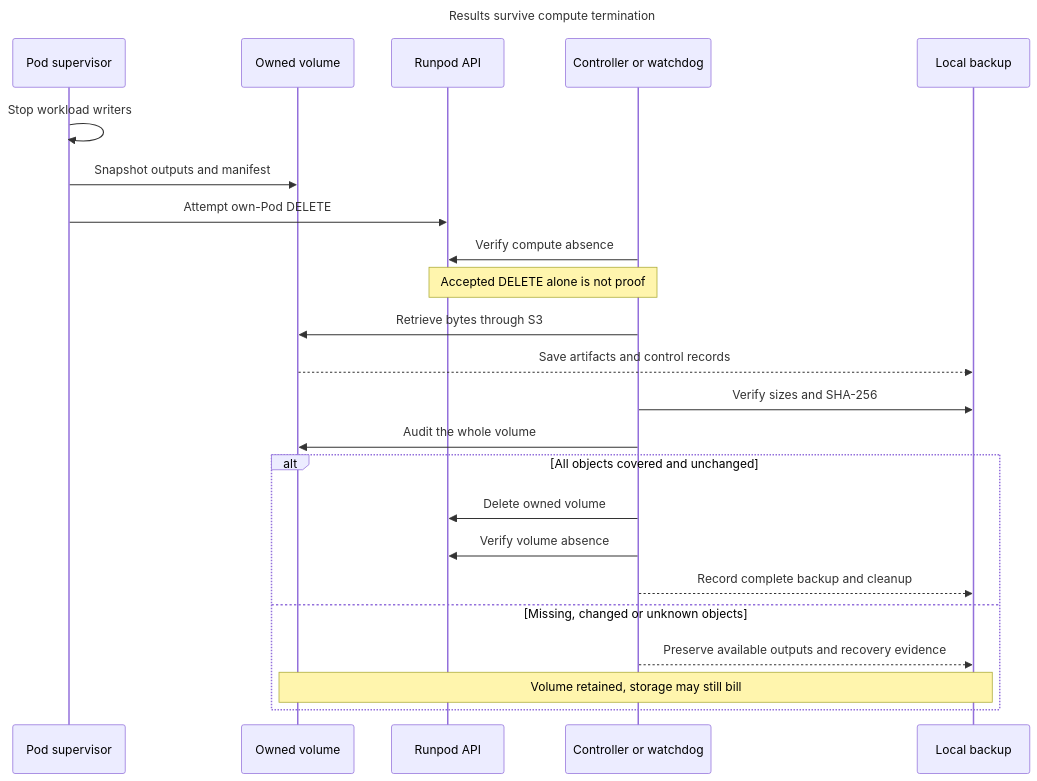
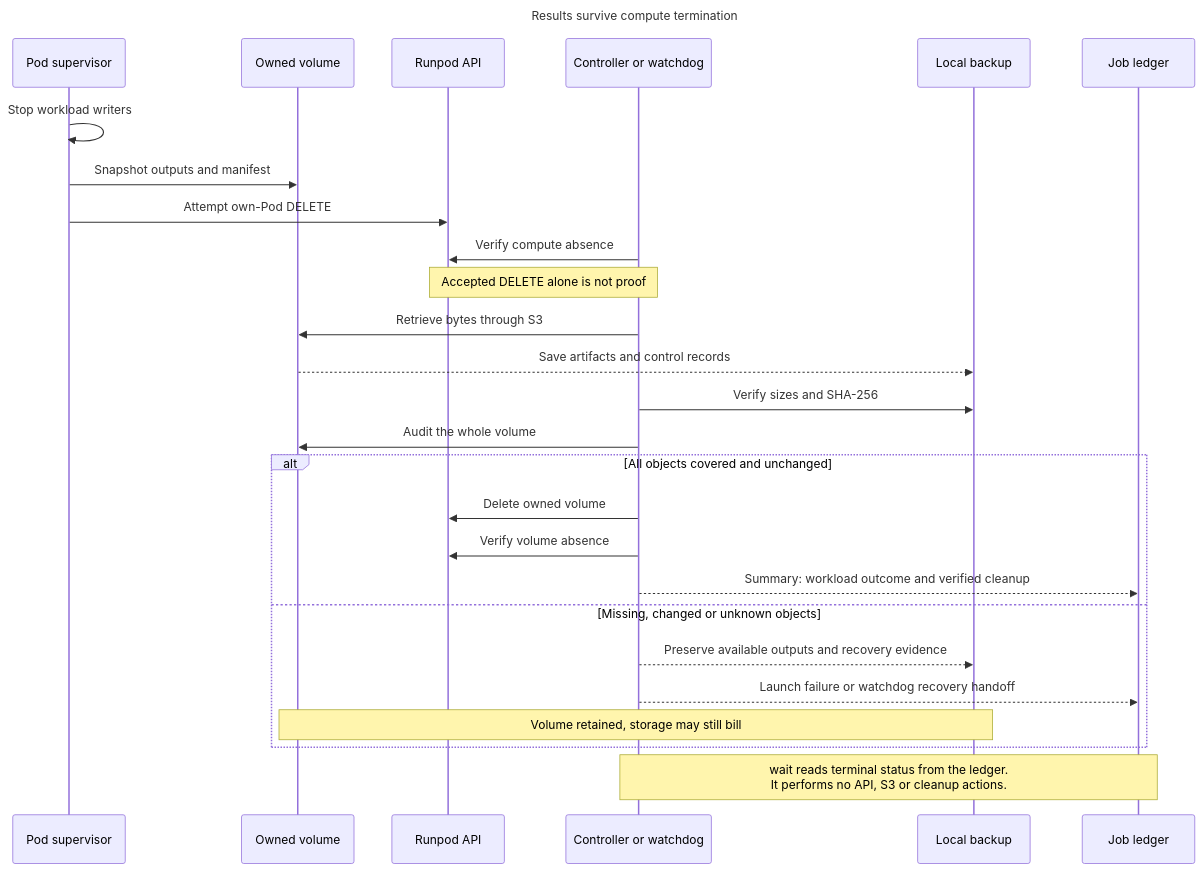
Before and after one commit to PolaronQuasi/podvigil: the diagram in docs/diagrams/03-result-delivery.mmd, drawn with Mermaid. The commit also changed 17 other files, not shown here.

Commit message:
Update diagrams and guides for job and capacity waiting

```diff
--- a/docs/diagrams/03-result-delivery.mmd
+++ b/docs/diagrams/03-result-delivery.mmd
@@ -1,32 +1,36 @@
 ---
 title: Results survive compute termination
 ---
 sequenceDiagram
   accTitle: PodVigil result delivery
-  accDescr: The supervisor stops workload writers and snapshots outputs to persistent storage. Pod deletion and verified absence come before S3 retrieval. Only a verified local backup and whole-volume audit authorize deletion of the owned volume. Incomplete recovery retains storage and reports ongoing billing risk.
+  accDescr: The supervisor stops workload writers and snapshots outputs to persistent storage. Pod deletion and verified absence come before S3 retrieval. Only a verified local backup and whole-volume audit authorize deletion of the owned volume. Incomplete recovery retains storage and reports ongoing billing risk. Terminal records go to the local ledger. The wait command observes that ledger without doing recovery or making cloud calls.
 
   participant POD as Pod supervisor
   participant VOL as Owned volume
   participant API as Runpod API
   participant CTRL as Controller or watchdog
   participant BACK as Local backup
+  participant LEDGER as Job ledger
 
   POD->>POD: Stop workload writers
   POD->>VOL: Snapshot outputs and manifest
   POD->>API: Attempt own-Pod DELETE
   CTRL->>API: Verify compute absence
   Note over API,CTRL: Accepted DELETE alone is not proof
 
   CTRL->>VOL: Retrieve bytes through S3
   VOL-->>BACK: Save artifacts and control records
   CTRL->>BACK: Verify sizes and SHA-256
   CTRL->>VOL: Audit the whole volume
 
   alt All objects covered and unchanged
     CTRL->>API: Delete owned volume
     CTRL->>API: Verify volume absence
-    CTRL-->>BACK: Record complete backup and cleanup
+    CTRL-->>LEDGER: Summary: workload outcome and verified cleanup
   else Missing, changed or unknown objects
     CTRL-->>BACK: Preserve available outputs and recovery evidence
+    CTRL-->>LEDGER: Launch failure or watchdog recovery handoff
     Note over VOL,BACK: Volume retained, storage may still bill
   end
+
+  Note over CTRL,LEDGER: wait reads terminal status from the ledger.<br/>It performs no API, S3 or cleanup actions.
```
